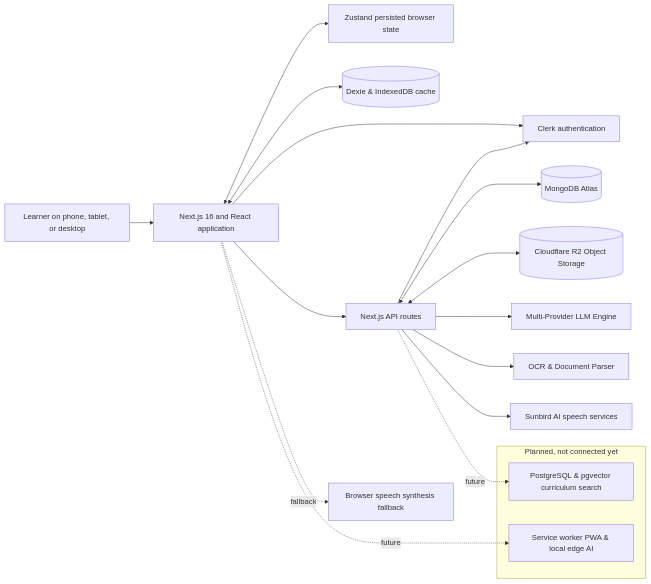
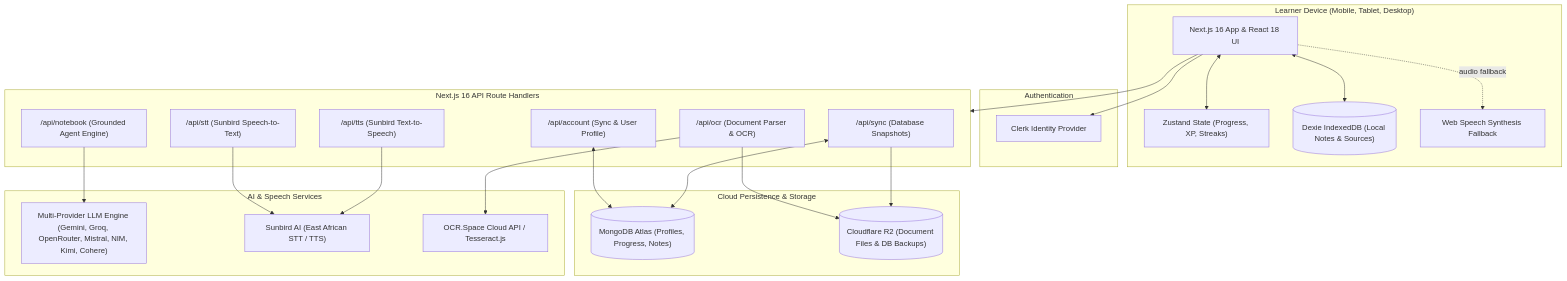
Before and after one commit to marthanp/sautika: the first of 3 diagrams in README.md, drawn with Mermaid. The commit also changed other lines of this file, not shown here.

````diff
--- a/README.md
+++ b/README.md
@@ -76,36 +73,47 @@
 ```mermaid
-flowchart LR
-    Learner[Learner on phone, tablet, or desktop]
-    UI[Next.js 16 and React application]
-    State[Zustand persisted browser state]
-    Notebook[(Dexie & IndexedDB cache)]
-    Clerk[Clerk authentication]
-    API[Next.js API routes]
-    Mongo[(MongoDB Atlas)]
-    R2[(Cloudflare R2 Object Storage)]
-    LLM[Multi-Provider LLM Engine]
-    OCR[OCR & Document Parser]
-    Speech[Sunbird AI speech services]
-    BrowserVoice[Browser speech synthesis fallback]
-
-    Learner --> UI
-    UI <--> State
-    UI <--> Notebook
-    UI --> Clerk
-    UI --> API
-    API --> Clerk
-    API <--> Mongo
-    API <--> R2
-    API --> LLM
-    API --> OCR
-    API --> Speech
-    UI -. fallback .-> BrowserVoice
-
-    subgraph Planned[Planned, not connected yet]
-        Search[PostgreSQL & pgvector curriculum search]
-        Offline[Service worker PWA & local edge AI]
+flowchart TD
+    subgraph Client["Learner Device (Mobile, Tablet, Desktop)"]
+        UI["Next.js 16 App & React 18 UI"]
+        ZStore["Zustand State (Progress, XP, Streaks)"]
+        LocalDB[("Dexie IndexedDB (Local Notes & Sources)")]
+        WebSpeech["Web Speech Synthesis Fallback"]
+        UI <--> ZStore
+        UI <--> LocalDB
+        UI -. audio fallback .-> WebSpeech
     end
 
-    API -. future .-> Search
-    UI -. future .-> Offline
+    subgraph AuthLayer["Authentication"]
+        ClerkAuth["Clerk Identity Provider"]
+        UI --> ClerkAuth
+    end
+
+    subgraph ServerRoutes["Next.js 16 API Route Handlers"]
+        AccRoute["/api/account (Sync & User Profile)"]
+        NotebookRoute["/api/notebook (Grounded Agent Engine)"]
+        OCRRoute["/api/ocr (Document Parser & OCR)"]
+        STTRoute["/api/stt (Sunbird Speech-to-Text)"]
+        TTSRoute["/api/tts (Sunbird Text-to-Speech)"]
+        SyncRoute["/api/sync (Database Snapshots)"]
+    end
+
+    subgraph BackendData["Cloud Persistence & Storage"]
+        MongoDB[("MongoDB Atlas (Profiles, Progress, Notes)")]
+        R2Storage[("Cloudflare R2 (Document Files & DB Backups)")]
+    end
+
+    subgraph ExternalAI["AI & Speech Services"]
+        LLMEngine["Multi-Provider LLM Engine (Gemini, Groq, OpenRouter, Mistral, NIM, Kimi, Cohere)"]
+        SunbirdAPI["Sunbird AI (East African STT / TTS)"]
+        OCRSpaceAPI["OCR.Space Cloud API / Tesseract.js"]
+    end
+
+    UI --> ServerRoutes
+    AccRoute <--> MongoDB
+    NotebookRoute --> LLMEngine
+    OCRRoute --> OCRSpaceAPI
+    OCRRoute --> R2Storage
+    STTRoute --> SunbirdAPI
+    TTSRoute --> SunbirdAPI
+    SyncRoute <--> MongoDB
+    SyncRoute --> R2Storage
 ```
````
